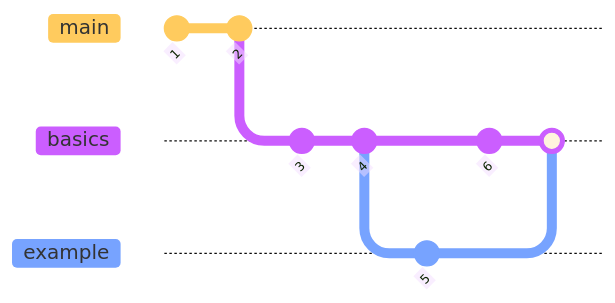
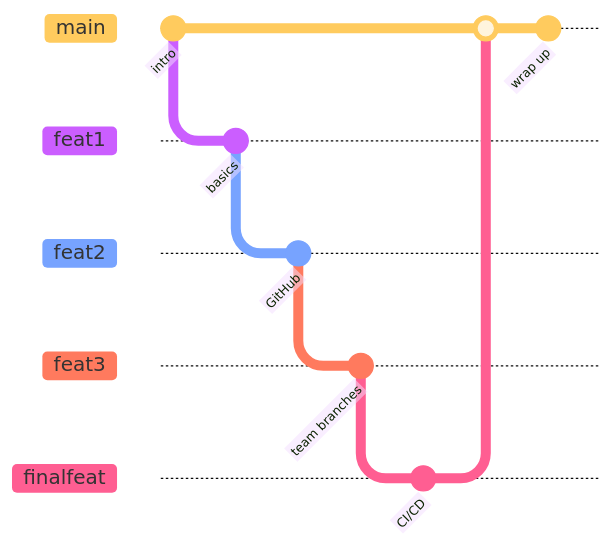
Before and after one commit to Sparrow0hawk/quarto-slides: the diagram in 2023-02-06-git-branch-lecture.qmd, drawn with Mermaid.

Commit message:
add lecture plan mermaid chart

````diff
--- a/2023-02-06-git-branch-lecture.qmd
+++ b/2023-02-06-git-branch-lecture.qmd
@@ -8,17 +8,19 @@
 ```{mermaid}
 %%| fig-height: 2
 %%{init: { 'logLevel': 'debug', 'theme': 'base', 'gitGraph': {'showBranches': true,'showCommitLabel': true, 'rotateCommitLabel': true}} }%%
 
 gitGraph
-    commit id: "1"
-    commit id: "2"
-    branch basics
-    commit id: "3"
-    commit id: "4"
-    branch example
-    commit id: "5"
-    checkout basics
-    commit id: "6"
-    merge example
+    commit id: "intro"
+    branch feat1
+    commit id: "basics"
+    branch feat2
+    commit id: "GitHub"
+    branch feat3
+    commit id: "team branches"
+    branch finalfeat
+    commit id: "CI/CD"
+    checkout main
+    merge finalfeat
+    commit id: "wrap up"
 
 ```
````
